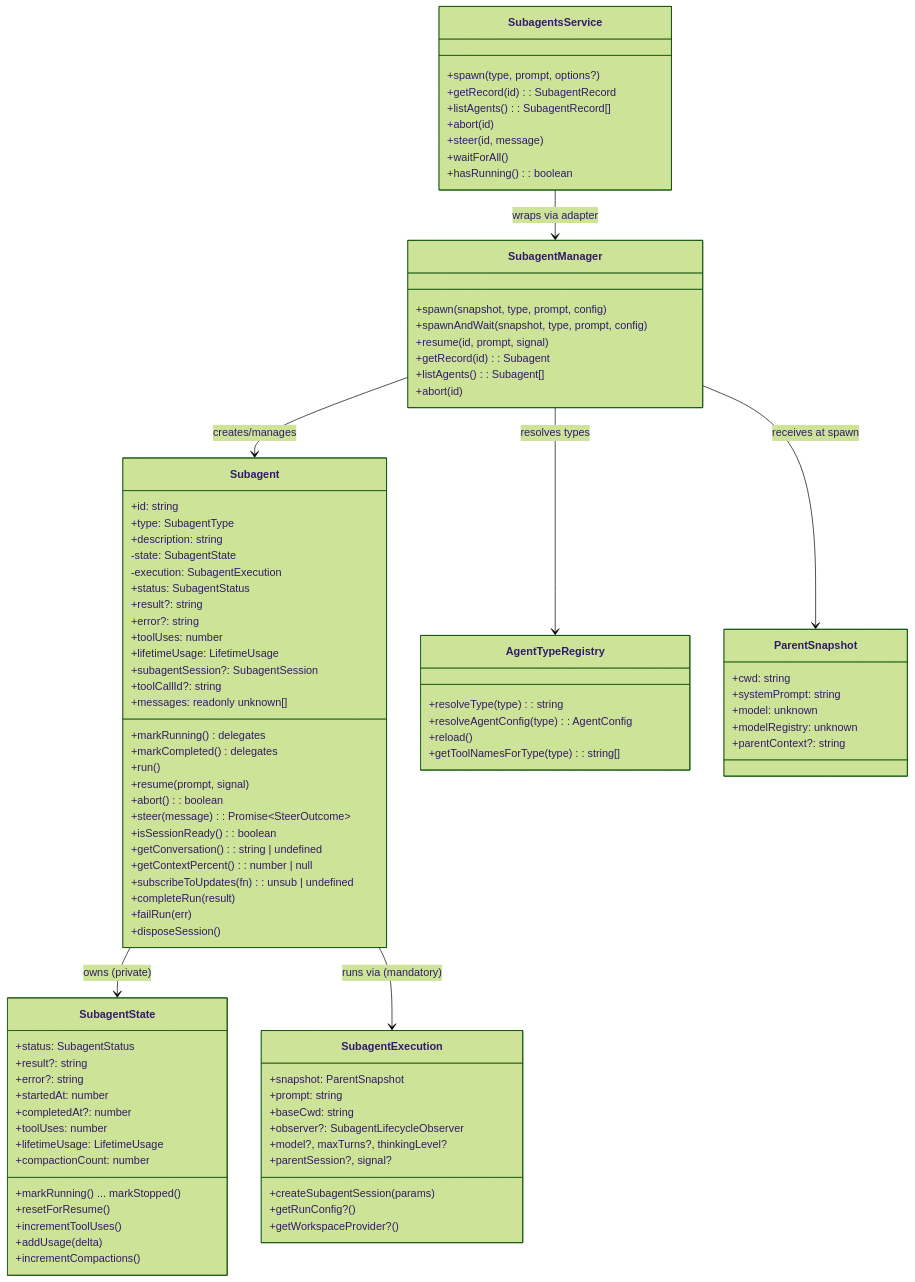
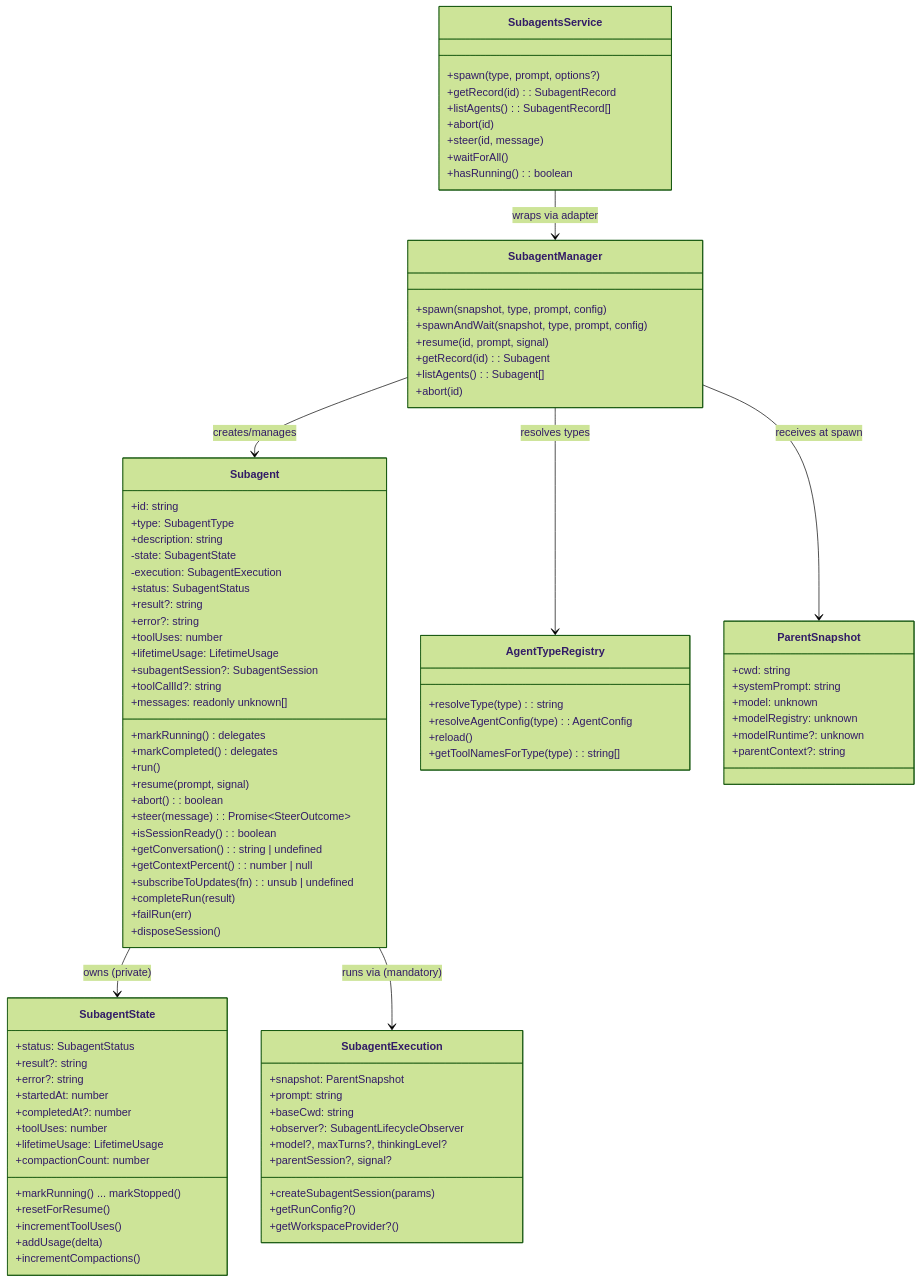
One commit to nklisch/pi-extensions changed the second of 6 diagrams in packages/pi-subagents/docs/architecture/architecture.md. Above: the diagram before and after it, drawn with Mermaid (forest theme). The commit also changed other lines of this file and 282 other files, not shown here.

```diff
--- a/packages/pi-subagents/docs/architecture/architecture.md
+++ b/packages/pi-subagents/docs/architecture/architecture.md
@@ -180,6 +179,7 @@
         +systemPrompt: string
         +model: unknown
         +modelRegistry: unknown
+        +modelRuntime?: unknown
         +parentContext?: string
     }
 
```
